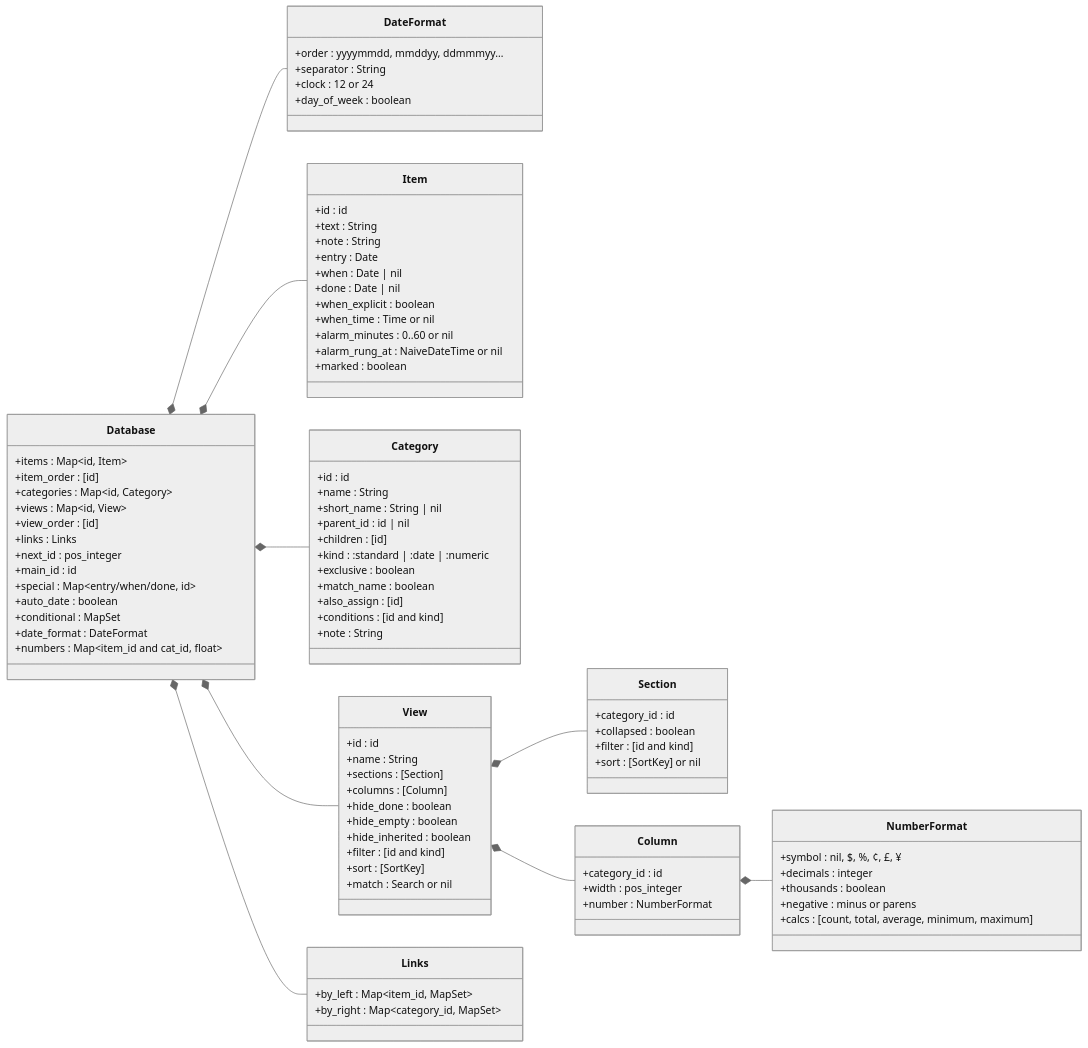
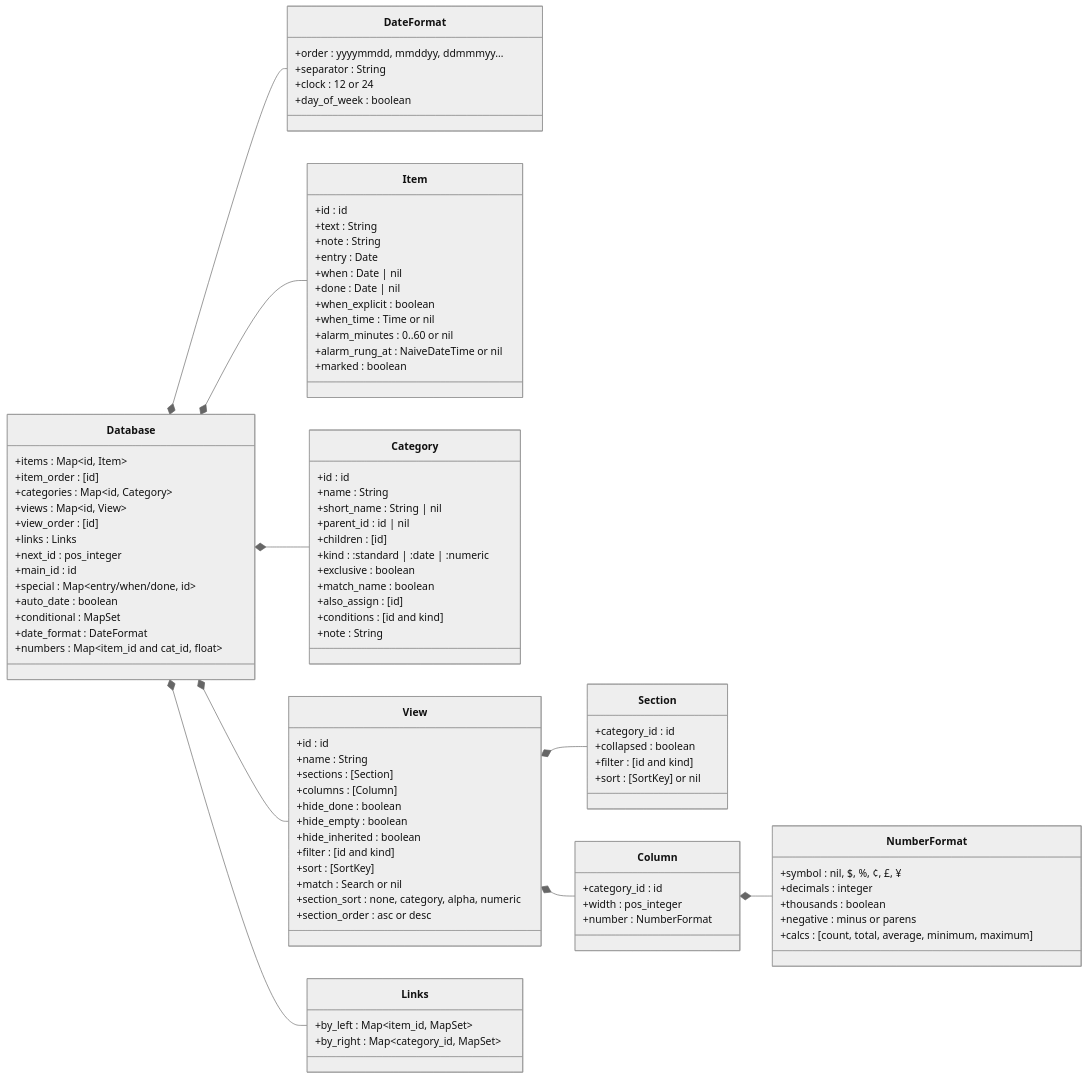
Before and after one commit to jamting/agendum: the second of 6 diagrams in docs/DATA_MODEL.md, drawn with Mermaid (neutral theme). The commit also changed other lines of this file and 11 other files, not shown here.

```diff
--- a/docs/DATA_MODEL.md
+++ b/docs/DATA_MODEL.md
@@ -154,6 +156,8 @@
         +filter : [id and kind]
         +sort : [SortKey]
         +match : Search or nil
+        +section_sort : none, category, alpha, numeric
+        +section_order : asc or desc
     }
     class Section {
         +category_id : id
```
